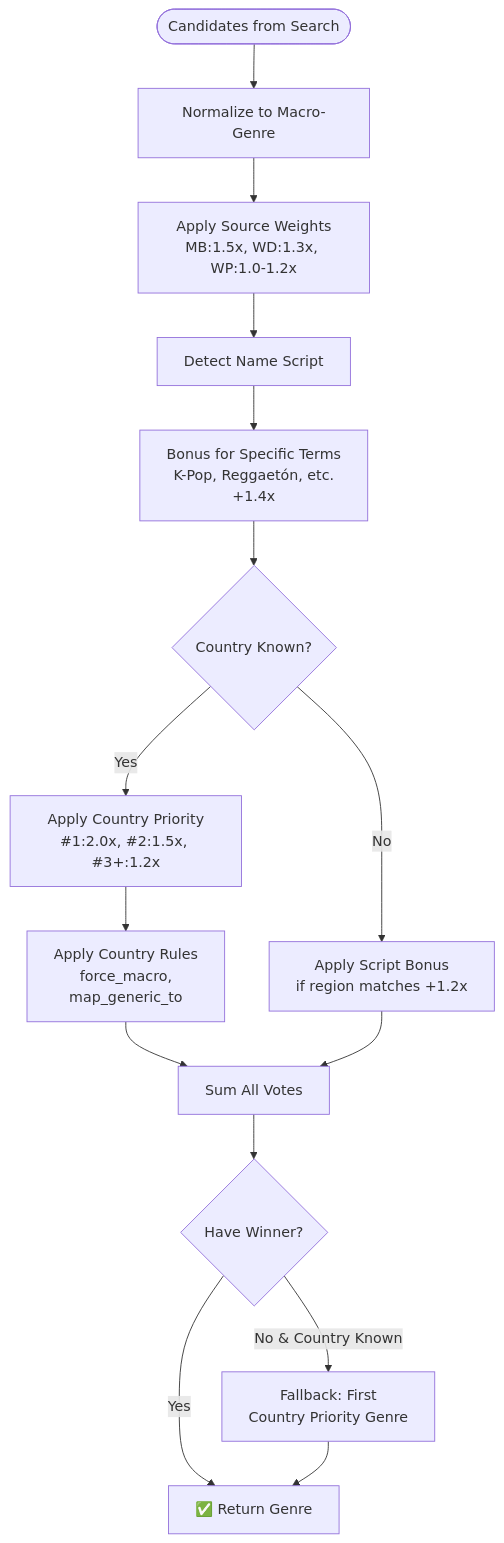
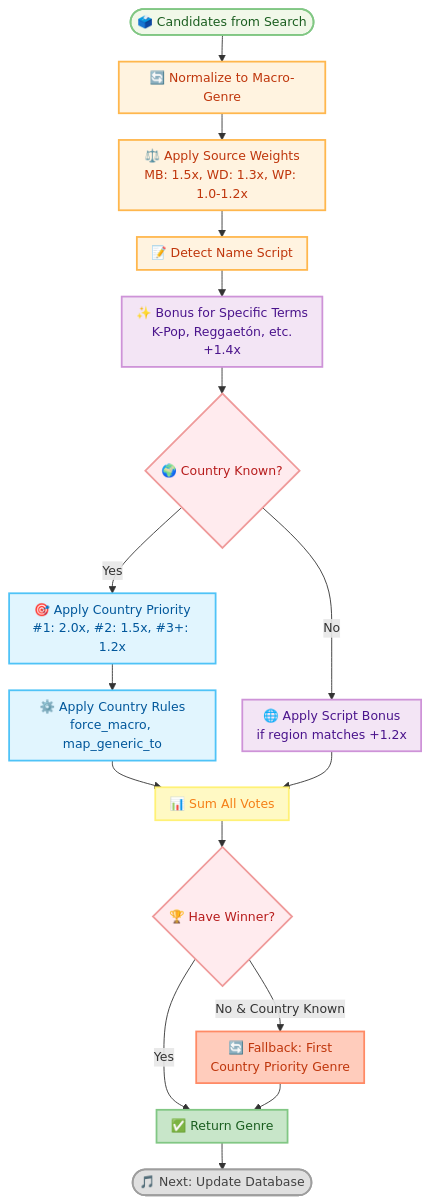
Before and after one commit to adroguetth/Music-Charts-Intelligence: the fourth of 5 diagrams in Documentation_EN/2_build_artist_db.md, drawn with Mermaid. The commit also changed other lines of this file, not shown here.

````diff
--- a/Documentation_EN/2_build_artist_db.md
+++ b/Documentation_EN/2_build_artist_db.md
@@ -168,21 +238,51 @@
 ```mermaid
+%%{init: {'flowchart': {'useMaxWidth': true, 'width': '50%', 'padding': 8, 'nodeSpacing': 30, 'rankSpacing': 30}, 'themeVariables': {'fontSize': '14px'}}}%%
 flowchart TD
-    START(["Candidates from Search"])
-    START --> NMG["Normalize to Macro-Genre"]
-    NMG --> ASW["Apply Source Weights\nMB:1.5x, WD:1.3x, WP:1.0-1.2x"]
-    ASW --> DNS["Detect Name Script"]
-    DNS --> BST["Bonus for Specific Terms\nK-Pop, Reggaetón, etc.\n+1.4x"]
-    BST --> CK{"Country Known?"}
+    START(["🗳️ Candidates from Search"])
+    
+    START --> NMG["🔄 Normalize to Macro-Genre"]
+    NMG --> ASW["⚖️ Apply Source Weights<br/>MB: 1.5x, WD: 1.3x, WP: 1.0-1.2x"]
+    ASW --> DNS["📝 Detect Name Script"]
+    DNS --> BST["✨ Bonus for Specific Terms<br/>K-Pop, Reggaetón, etc.<br/>+1.4x"]
+    BST --> CK{"🌍 Country Known?"}
 
-    CK -- "Yes" --> ACP["Apply Country Priority\n#1:2.0x, #2:1.5x, #3+:1.2x"]
-    ACP --> ACR["Apply Country Rules\nforce_macro,\nmap_generic_to"]
-    ACR --> SAV["Sum All Votes"]
+    CK -- "Yes" --> ACP["🎯 Apply Country Priority<br/>#1: 2.0x, #2: 1.5x, #3+: 1.2x"]
+    ACP --> ACR["⚙️ Apply Country Rules<br/>force_macro, map_generic_to"]
+    ACR --> SAV["📊 Sum All Votes"]
 
-    CK -- "No" --> ASB["Apply Script Bonus\nif region matches +1.2x"]
+    CK -- "No" --> ASB["🌐 Apply Script Bonus<br/>if region matches +1.2x"]
     ASB --> SAV
 
-    SAV --> HW{"Have Winner?"}
+    SAV --> HW{"🏆 Have Winner?"}
+    
     HW -- "Yes" --> RG["✅ Return Genre"]
-    HW -- "No & Country Known" --> FCP["Fallback: First\nCountry Priority Genre"]
+    
+    HW -- "No & Country Known" --> FCP["🔄 Fallback: First<br/>Country Priority Genre"]
     FCP --> RG
+    
+    RG --> NEXT(["🎵 Next: Update Database"])
+
+    %% Estilos con colores suaves
+    classDef start_end fill:#F1F8E9,stroke:#81C784,stroke-width:2px,color:#1B5E20
+    classDef process fill:#FFF3E0,stroke:#FFB74D,stroke-width:2px,color:#BF360C
+    classDef weight fill:#E8F5E9,stroke:#81C784,stroke-width:2px,color:#1B5E20
+    classDef decision fill:#FFEBEE,stroke:#EF9A9A,stroke-width:2px,color:#B71C1C
+    classDef country fill:#E1F5FE,stroke:#4FC3F7,stroke-width:2px,color:#01579B
+    classDef bonus fill:#F3E5F5,stroke:#CE93D8,stroke-width:2px,color:#4A148C
+    classDef sum fill:#FFF9C4,stroke:#FFF176,stroke-width:2px,color:#F57F17
+    classDef success fill:#C8E6C9,stroke:#81C784,stroke-width:2px,color:#1B5E20
+    classDef fallback fill:#FFCCBC,stroke:#FF8A65,stroke-width:2px,color:#BF360C
+    classDef next fill:#E0E0E0,stroke:#9E9E9E,stroke-width:2px,color:#424242
+
+    %% Asignación de clases
+    class START start_end
+    class NMG,ASW,DNS process
+    class BST bonus
+    class CK,HW decision
+    class ACP,ACR country
+    class ASB bonus
+    class SAV sum
+    class RG success
+    class FCP fallback
+    class NEXT next
 ```
````
